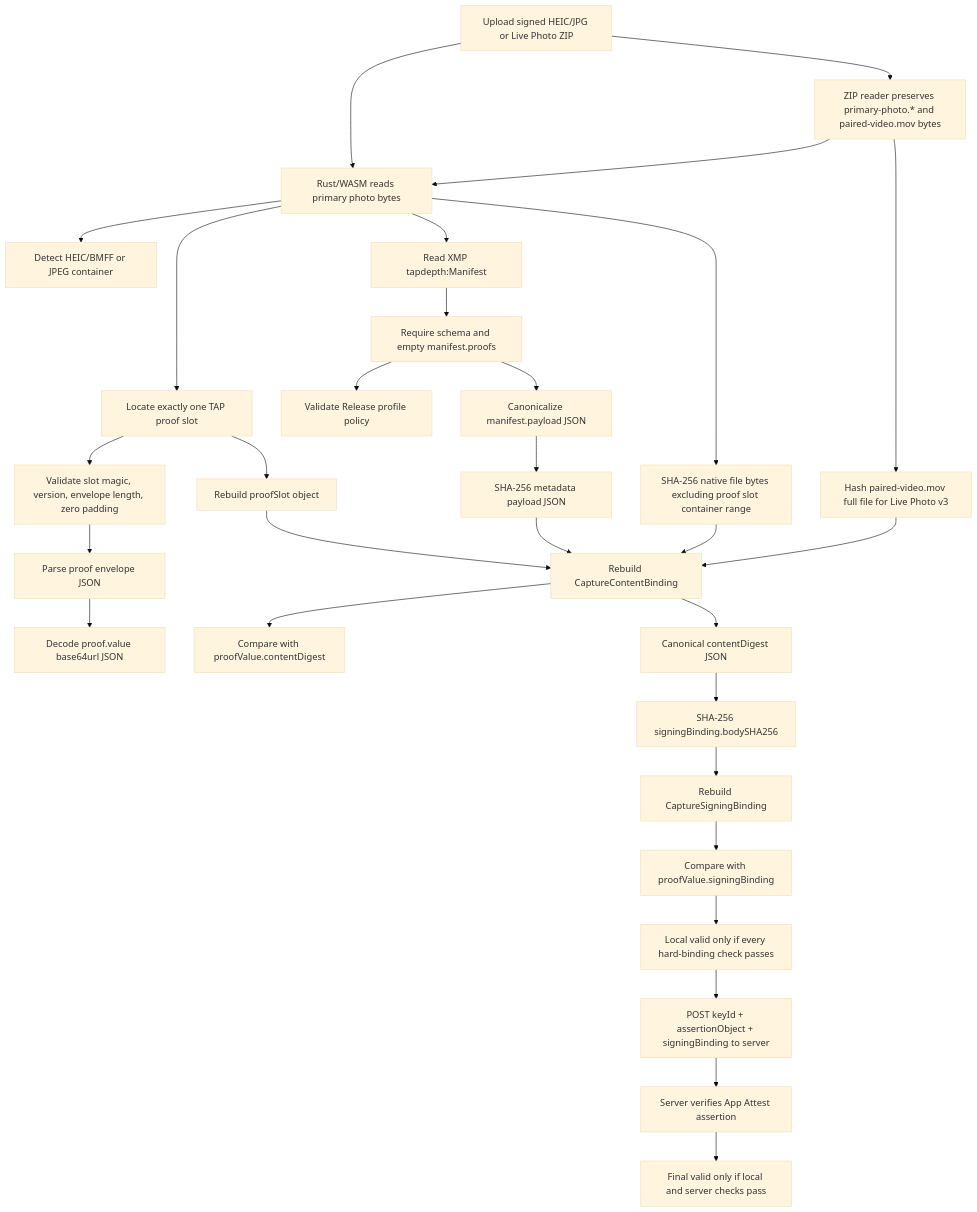
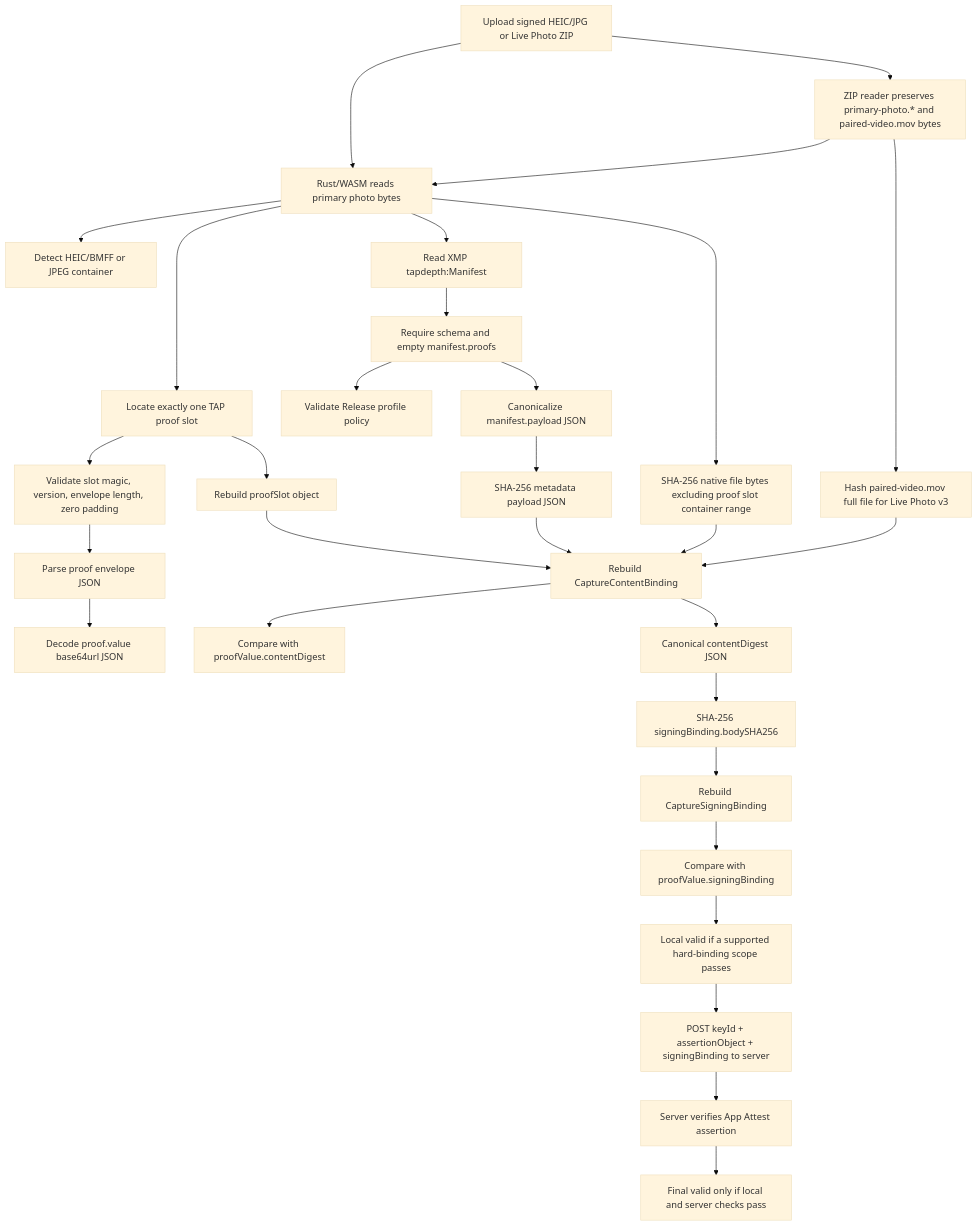
The diagram in Docs/VerificationFlow.md (TAP-NAP/TAPCamVerifier), drawn with Mermaid (base theme) before and after one commit. The commit also changed other lines of this file and 11 other files, not shown here.

````diff
--- a/Docs/VerificationFlow.md
+++ b/Docs/VerificationFlow.md
@@ -12,32 +15,32 @@
 ```mermaid
 flowchart TD
     A["Upload signed HEIC/JPG or Live Photo ZIP"] --> B["Rust/WASM reads primary photo bytes"]
     A --> Z["ZIP reader preserves primary-photo.* and paired-video.mov bytes"]
     Z --> B
     Z --> Y["Hash paired-video.mov full file for Live Photo v3"]
     B --> C["Detect HEIC/BMFF or JPEG container"]
     B --> D["Locate exactly one TAP proof slot"]
     D --> E["Validate slot magic, version, envelope length, zero padding"]
     E --> F["Parse proof envelope JSON"]
     F --> G["Decode proof.value base64url JSON"]
     B --> H["Read XMP tapdepth:Manifest"]
     H --> I["Require schema and empty manifest.proofs"]
     I --> J["Validate Release profile policy"]
     B --> K["SHA-256 native file bytes excluding proof slot container range"]
     I --> L["Canonicalize manifest.payload JSON"]
     L --> M["SHA-256 metadata payload JSON"]
     D --> N["Rebuild proofSlot object"]
     K --> O["Rebuild CaptureContentBinding"]
     M --> O
     Y --> O
     N --> O
     O --> P["Compare with proofValue.contentDigest"]
     O --> Q["Canonical contentDigest JSON"]
     Q --> R["SHA-256 signingBinding.bodySHA256"]
     R --> S["Rebuild CaptureSigningBinding"]
     S --> T["Compare with proofValue.signingBinding"]
-    T --> U["Local valid only if every hard-binding check passes"]
+    T --> U["Local valid if a supported hard-binding scope passes"]
     U --> V["POST keyId + assertionObject + signingBinding to server"]
     V --> W["Server verifies App Attest assertion"]
     W --> X["Final valid only if local and server checks pass"]
 ```
````
